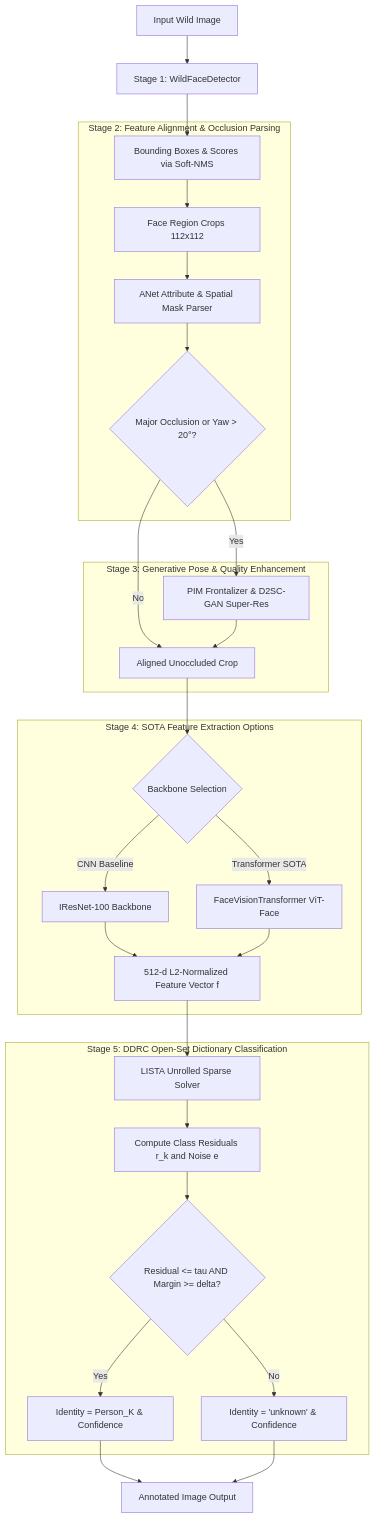
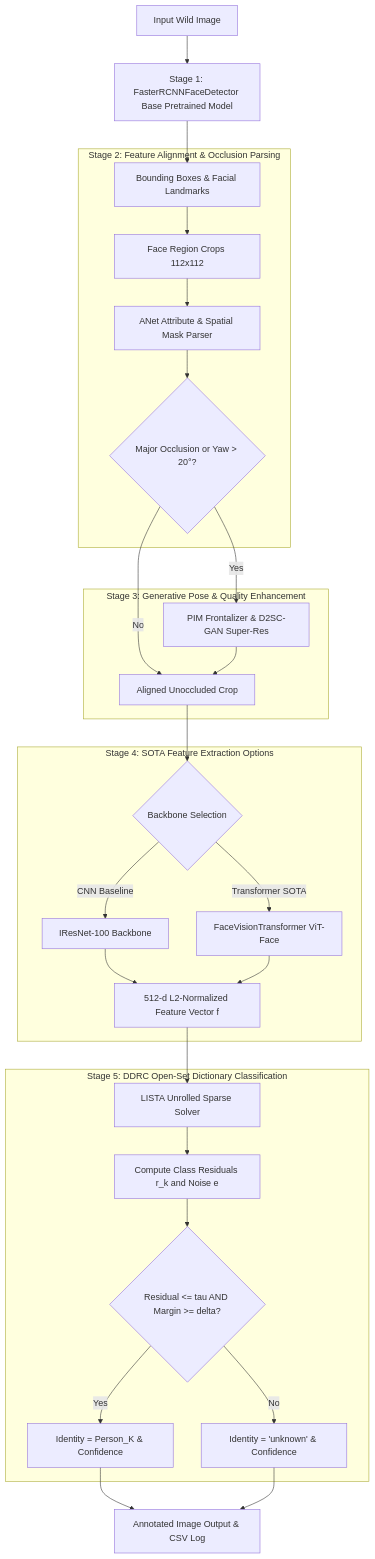
Before and after one commit to akshat-1/Face-Recognition-In-Wild: the seventh of 9 diagrams in context.md, drawn with Mermaid. The commit also changed other lines of this file, not shown here.

Commit message:
docs: Thorough in-depth line-by-line sync of context.md and context_for_ai.md to latest Faster-RCNN base detector architecture

````diff
--- a/context.md
+++ b/context.md
@@ -441,36 +445,36 @@
 ```mermaid
 flowchart TD
-    Input[Input Wild Image] --> Stage1[Stage 1: WildFaceDetector]
-    Stage1 --> BBoxes[Bounding Boxes & Scores via Soft-NMS]
+    Input[Input Wild Image] --> Stage1[Stage 1: FasterRCNNFaceDetector Base Pretrained Model]
+    Stage1 --> BBoxes[Bounding Boxes & Facial Landmarks]
     
     subgraph Stage 2: Feature Alignment & Occlusion Parsing
         BBoxes --> Crop[Face Region Crops 112x112]
         Crop --> ANet[ANet Attribute & Spatial Mask Parser]
         ANet --> OccCheck{Major Occlusion or Yaw > 20°?}
     end
     
     subgraph Stage 3: Generative Pose & Quality Enhancement
         OccCheck -- Yes --> PIM[PIM Frontalizer & D2SC-GAN Super-Res]
         OccCheck -- No --> BackboneInput[Aligned Unoccluded Crop]
         PIM --> BackboneInput
     end
     
     subgraph Stage 4: SOTA Feature Extraction Options
         BackboneInput --> Choice{Backbone Selection}
         Choice -- CNN Baseline --> IResNet[IResNet-100 Backbone]
         Choice -- Transformer SOTA --> ViT[FaceVisionTransformer ViT-Face]
         IResNet --> Embed[512-d L2-Normalized Feature Vector f]
         ViT --> Embed
     end
     
     subgraph Stage 5: DDRC Open-Set Dictionary Classification
         Embed --> LISTA[LISTA Unrolled Sparse Solver]
         LISTA --> ResidualCalc[Compute Class Residuals r_k and Noise e]
         ResidualCalc --> Gate{Residual <= tau AND Margin >= delta?}
         Gate -- Yes --> Known[Identity = Person_K & Confidence]
         Gate -- No --> Unknown[Identity = 'unknown' & Confidence]
     end
     
-    Known --> Output[Annotated Image Output]
+    Known --> Output[Annotated Image Output & CSV Log]
     Unknown --> Output
 ```
````
